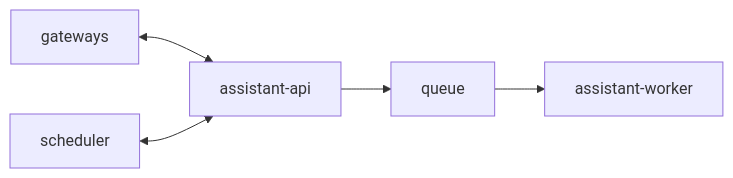
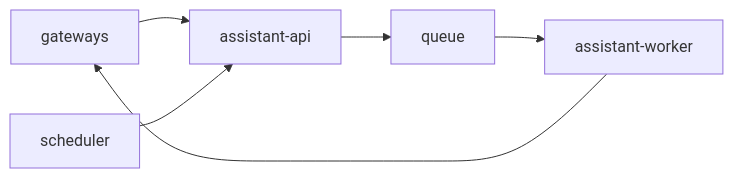
Before and after one commit to vinitu/my-concierge: the diagram in docs/services/assistant.md, drawn with Mermaid. The commit also changed other lines of this file and 24 other files, not shown here.

````diff
--- a/docs/services/assistant.md
+++ b/docs/services/assistant.md
@@ -17,7 +17,8 @@
 ```mermaid
 flowchart LR
-    GW["gateways"] <--> API["assistant-api"]
-    Scheduler["scheduler"] <--> API
+    GW["gateways"] --> API["assistant-api"]
+    Scheduler["scheduler"] --> API
     API --> Q["queue"]
     Q --> Worker["assistant-worker"]
+    Worker --> GW
 ```
````
